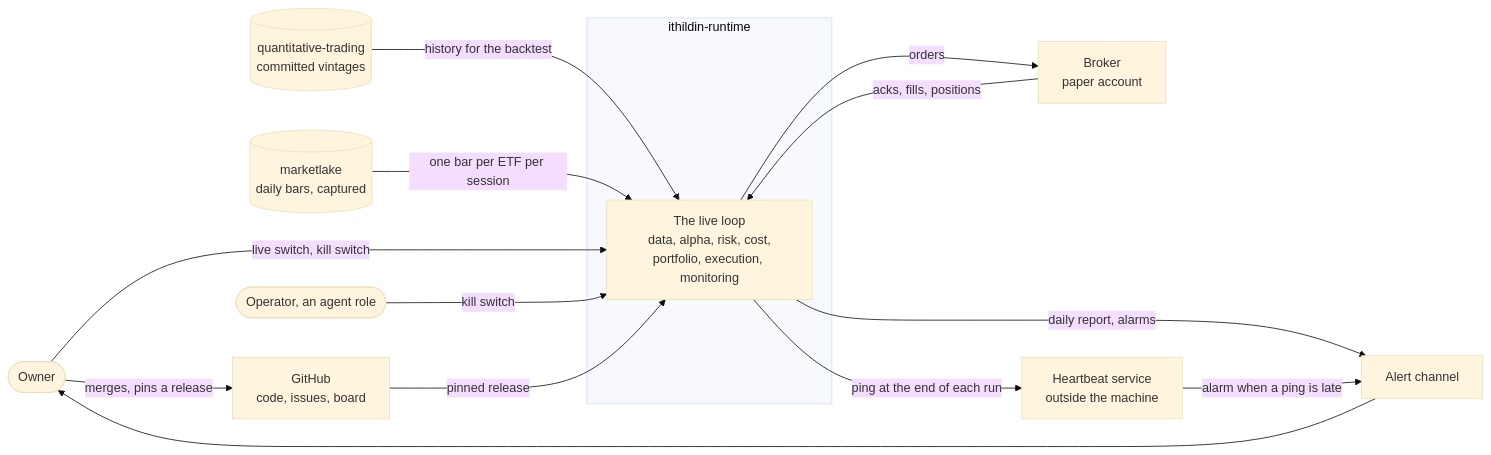
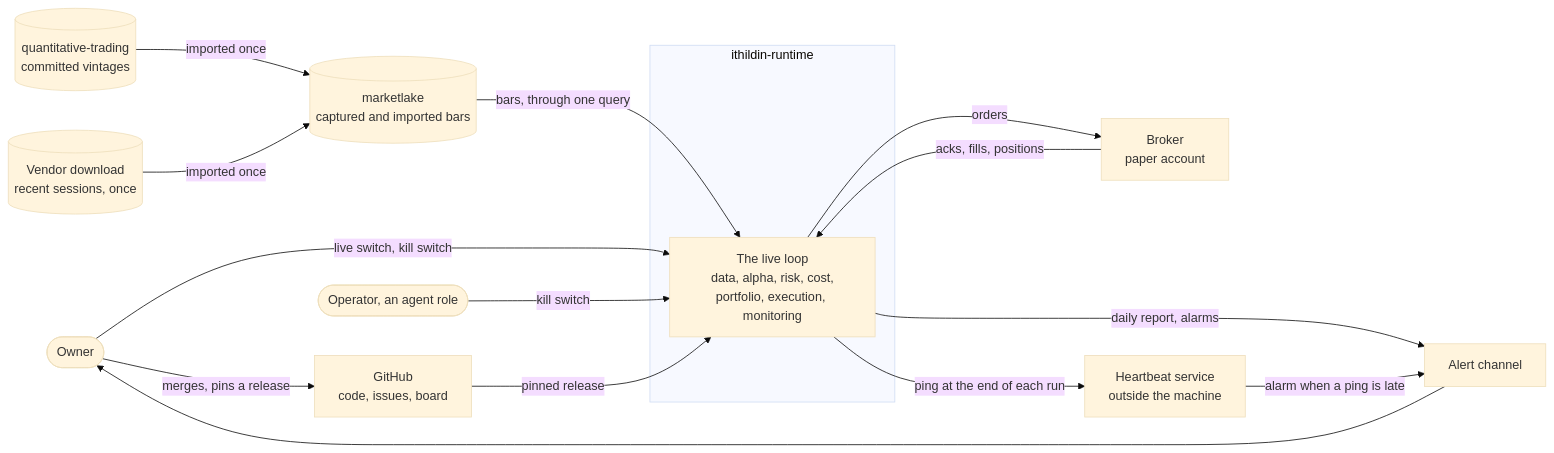
One commit to l3a0/ithildin-runtime changed the first of 16 diagrams in docs/architecture.md. Above: the diagram before and after it, drawn with Mermaid (base theme). The commit also changed other lines of this file, not shown here.

First line of the commit message:
docs(architecture): make marketlake the one bar provider

````diff
--- a/docs/architecture.md
+++ b/docs/architecture.md
@@ -115,27 +115,29 @@
 ```mermaid
 flowchart LR
     owner(["Owner"])
     operator(["Operator, an agent role"])
     subgraph platform["ithildin-runtime"]
         loop["The live loop<br/>data, alpha, risk, cost,<br/>portfolio, execution, monitoring"]
     end
     qt[("quantitative-trading<br/>committed vintages")]
-    lake[("marketlake<br/>daily bars, captured")]
+    vendor[("Vendor download<br/>recent sessions, once")]
+    lake[("marketlake<br/>captured and imported bars")]
     broker["Broker<br/>paper account"]
     alerts["Alert channel"]
     heartbeat["Heartbeat service<br/>outside the machine"]
     github["GitHub<br/>code, issues, board"]
 
-    qt -->|"history for the backtest"| loop
-    lake -->|"one bar per ETF per session"| loop
+    qt -->|"imported once"| lake
+    vendor -->|"imported once"| lake
+    lake -->|"bars, through one query"| loop
     loop -->|"orders"| broker
     broker -->|"acks, fills, positions"| loop
     loop -->|"daily report, alarms"| alerts
     loop -->|"ping at the end of each run"| heartbeat
     heartbeat -->|"alarm when a ping is late"| alerts
     alerts --> owner
     owner -->|"live switch, kill switch"| loop
     operator -->|"kill switch"| loop
     owner -->|"merges, pins a release"| github
     github -->|"pinned release"| loop
 ```
````
